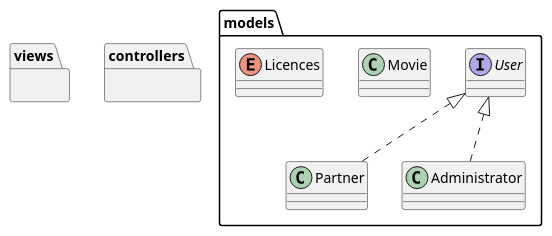
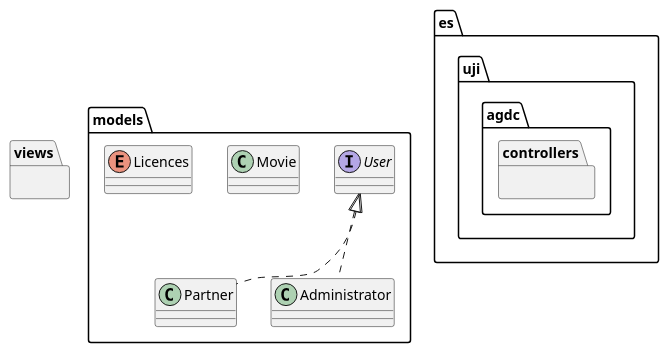
Before and after one commit to agonper/ei1048videoclub: the diagram in classDiagram.puml, drawn with PlantUML. The commit also changed 4 other files, not shown here.

```diff
--- a/classDiagram.puml
+++ b/classDiagram.puml
@@ -1,19 +1,19 @@
 @startuml
 
 package models {
     interface User
     class Partner implements User
     class Administrator implements User
     class Movie
     enum Licences
 }
 
 package views {
 
 }
 
-package controllers {
+package es.uji.agdc.controllers {
 
 }
 
 @enduml
```
